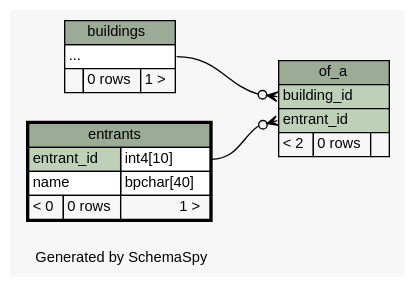
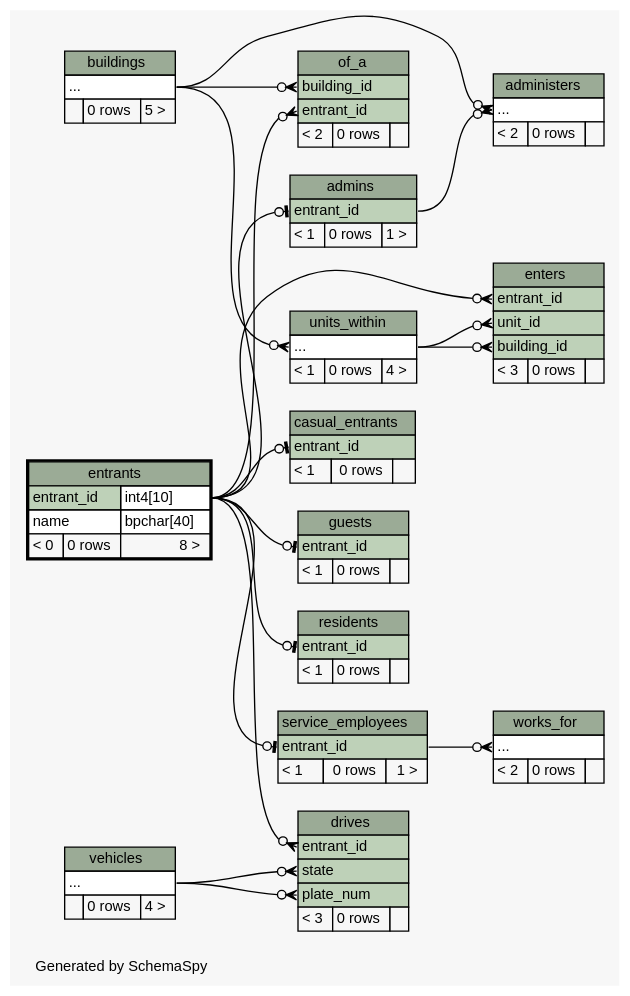
One commit to mgouzenko/-bms changed the diagram in visualization/diagrams/entrants.2degrees.dot. Above: the diagram before and after it, drawn with Graphviz. The commit also changed 32 other files, not shown here.

Commit message:
fixed schema, pushing first real visualization

```diff
--- a/visualization/diagrams/entrants.2degrees.dot
+++ b/visualization/diagrams/entrants.2degrees.dot
@@ -1,56 +1,185 @@
 // dot 2.38.0 on Mac OS X 10.11.3
 // SchemaSpy rev 590
 digraph "twoDegreesRelationshipsDiagram" {
   graph [
     rankdir="RL"
     bgcolor="#f7f7f7"
     label="\nGenerated by SchemaSpy"
     labeljust="l"
     nodesep="0.18"
     ranksep="0.46"
     fontname="Helvetica"
     fontsize="11"
   ];
   node [
     fontname="Helvetica"
     fontsize="11"
     shape="plaintext"
   ];
   edge [
     arrowsize="0.8"
   ];
+  "administers":"elipses":w -> "buildings":"elipses":e [arrowhead=none dir=back arrowtail=crowodot];
+  "administers":"elipses":w -> "admins":"entrant_id":e [arrowhead=none dir=back arrowtail=crowodot];
+  "admins":"entrant_id":w -> "entrants":"entrant_id.type":e [arrowhead=none dir=back arrowtail=teeodot];
+  "casual_entrants":"entrant_id":w -> "entrants":"entrant_id.type":e [arrowhead=none dir=back arrowtail=teeodot];
+  "drives":"entrant_id":w -> "entrants":"entrant_id.type":e [arrowhead=none dir=back arrowtail=crowodot];
+  "drives":"plate_num":w -> "vehicles":"elipses":e [arrowhead=none dir=back arrowtail=crowodot];
+  "drives":"state":w -> "vehicles":"elipses":e [arrowhead=none dir=back arrowtail=crowodot];
+  "enters":"building_id":w -> "units_within":"elipses":e [arrowhead=none dir=back arrowtail=crowodot];
+  "enters":"entrant_id":w -> "entrants":"entrant_id.type":e [arrowhead=none dir=back arrowtail=crowodot];
+  "enters":"unit_id":w -> "units_within":"elipses":e [arrowhead=none dir=back arrowtail=crowodot];
+  "guests":"entrant_id":w -> "entrants":"entrant_id.type":e [arrowhead=none dir=back arrowtail=teeodot];
   "of_a":"building_id":w -> "buildings":"elipses":e [arrowhead=none dir=back arrowtail=crowodot];
   "of_a":"entrant_id":w -> "entrants":"entrant_id.type":e [arrowhead=none dir=back arrowtail=crowodot];
+  "residents":"entrant_id":w -> "entrants":"entrant_id.type":e [arrowhead=none dir=back arrowtail=teeodot];
+  "service_employees":"entrant_id":w -> "entrants":"entrant_id.type":e [arrowhead=none dir=back arrowtail=teeodot];
+  "units_within":"elipses":w -> "buildings":"elipses":e [arrowhead=none dir=back arrowtail=crowodot];
+  "works_for":"elipses":w -> "service_employees":"entrant_id":e [arrowhead=none dir=back arrowtail=crowodot];
+  "administers" [
+    label=<
+    <TABLE BORDER="0" CELLBORDER="1" CELLSPACING="0" BGCOLOR="#ffffff">
+      <TR><TD COLSPAN="3" BGCOLOR="#9bab96" ALIGN="CENTER">administers</TD></TR>
+      <TR><TD PORT="elipses" COLSPAN="3" ALIGN="LEFT">...</TD></TR>
+      <TR><TD ALIGN="LEFT" BGCOLOR="#f7f7f7">&lt; 2</TD><TD ALIGN="RIGHT" BGCOLOR="#f7f7f7">0 rows</TD><TD ALIGN="RIGHT" BGCOLOR="#f7f7f7">  </TD></TR>
+    </TABLE>>
+    URL="administers.html"
+    tooltip="administers"
+  ];
+  "admins" [
+    label=<
+    <TABLE BORDER="0" CELLBORDER="1" CELLSPACING="0" BGCOLOR="#ffffff">
+      <TR><TD COLSPAN="3" BGCOLOR="#9bab96" ALIGN="CENTER">admins</TD></TR>
+      <TR><TD PORT="entrant_id" COLSPAN="3" BGCOLOR="#bed1b8" ALIGN="LEFT">entrant_id</TD></TR>
+      <TR><TD ALIGN="LEFT" BGCOLOR="#f7f7f7">&lt; 1</TD><TD ALIGN="RIGHT" BGCOLOR="#f7f7f7">0 rows</TD><TD ALIGN="RIGHT" BGCOLOR="#f7f7f7">1 &gt;</TD></TR>
+    </TABLE>>
+    URL="admins.html"
+    tooltip="admins"
+  ];
   "buildings" [
     label=<
     <TABLE BORDER="0" CELLBORDER="1" CELLSPACING="0" BGCOLOR="#ffffff">
       <TR><TD COLSPAN="3" BGCOLOR="#9bab96" ALIGN="CENTER">buildings</TD></TR>
       <TR><TD PORT="elipses" COLSPAN="3" ALIGN="LEFT">...</TD></TR>
-      <TR><TD ALIGN="LEFT" BGCOLOR="#f7f7f7">  </TD><TD ALIGN="RIGHT" BGCOLOR="#f7f7f7">0 rows</TD><TD ALIGN="RIGHT" BGCOLOR="#f7f7f7">1 &gt;</TD></TR>
+      <TR><TD ALIGN="LEFT" BGCOLOR="#f7f7f7">  </TD><TD ALIGN="RIGHT" BGCOLOR="#f7f7f7">0 rows</TD><TD ALIGN="RIGHT" BGCOLOR="#f7f7f7">5 &gt;</TD></TR>
     </TABLE>>
     URL="buildings.html"
     tooltip="buildings"
+  ];
+  "casual_entrants" [
+    label=<
+    <TABLE BORDER="0" CELLBORDER="1" CELLSPACING="0" BGCOLOR="#ffffff">
+      <TR><TD COLSPAN="3" BGCOLOR="#9bab96" ALIGN="CENTER">casual_entrants</TD></TR>
+      <TR><TD PORT="entrant_id" COLSPAN="3" BGCOLOR="#bed1b8" ALIGN="LEFT">entrant_id</TD></TR>
+      <TR><TD ALIGN="LEFT" BGCOLOR="#f7f7f7">&lt; 1</TD><TD ALIGN="RIGHT" BGCOLOR="#f7f7f7">0 rows</TD><TD ALIGN="RIGHT" BGCOLOR="#f7f7f7">  </TD></TR>
+    </TABLE>>
+    URL="casual_entrants.html"
+    tooltip="casual_entrants"
+  ];
+  "drives" [
+    label=<
+    <TABLE BORDER="0" CELLBORDER="1" CELLSPACING="0" BGCOLOR="#ffffff">
+      <TR><TD COLSPAN="3" BGCOLOR="#9bab96" ALIGN="CENTER">drives</TD></TR>
+      <TR><TD PORT="entrant_id" COLSPAN="3" BGCOLOR="#bed1b8" ALIGN="LEFT">entrant_id</TD></TR>
+      <TR><TD PORT="state" COLSPAN="3" BGCOLOR="#bed1b8" ALIGN="LEFT">state</TD></TR>
+      <TR><TD PORT="plate_num" COLSPAN="3" BGCOLOR="#bed1b8" ALIGN="LEFT">plate_num</TD></TR>
+      <TR><TD ALIGN="LEFT" BGCOLOR="#f7f7f7">&lt; 3</TD><TD ALIGN="RIGHT" BGCOLOR="#f7f7f7">0 rows</TD><TD ALIGN="RIGHT" BGCOLOR="#f7f7f7">  </TD></TR>
+    </TABLE>>
+    URL="drives.html"
+    tooltip="drives"
+  ];
+  "enters" [
+    label=<
+    <TABLE BORDER="0" CELLBORDER="1" CELLSPACING="0" BGCOLOR="#ffffff">
+      <TR><TD COLSPAN="3" BGCOLOR="#9bab96" ALIGN="CENTER">enters</TD></TR>
+      <TR><TD PORT="entrant_id" COLSPAN="3" BGCOLOR="#bed1b8" ALIGN="LEFT">entrant_id</TD></TR>
+      <TR><TD PORT="unit_id" COLSPAN="3" BGCOLOR="#bed1b8" ALIGN="LEFT">unit_id</TD></TR>
+      <TR><TD PORT="building_id" COLSPAN="3" BGCOLOR="#bed1b8" ALIGN="LEFT">building_id</TD></TR>
+      <TR><TD ALIGN="LEFT" BGCOLOR="#f7f7f7">&lt; 3</TD><TD ALIGN="RIGHT" BGCOLOR="#f7f7f7">0 rows</TD><TD ALIGN="RIGHT" BGCOLOR="#f7f7f7">  </TD></TR>
+    </TABLE>>
+    URL="enters.html"
+    tooltip="enters"
   ];
   "entrants" [
     label=<
     <TABLE BORDER="2" CELLBORDER="1" CELLSPACING="0" BGCOLOR="#ffffff">
       <TR><TD COLSPAN="3" BGCOLOR="#9bab96" ALIGN="CENTER">entrants</TD></TR>
       <TR><TD PORT="entrant_id" COLSPAN="2" BGCOLOR="#bed1b8" ALIGN="LEFT">entrant_id</TD><TD PORT="entrant_id.type" ALIGN="LEFT">int4[10]</TD></TR>
       <TR><TD PORT="name" COLSPAN="2" ALIGN="LEFT">name</TD><TD PORT="name.type" ALIGN="LEFT">bpchar[40]</TD></TR>
-      <TR><TD ALIGN="LEFT" BGCOLOR="#f7f7f7">&lt; 0</TD><TD ALIGN="RIGHT" BGCOLOR="#f7f7f7">0 rows</TD><TD ALIGN="RIGHT" BGCOLOR="#f7f7f7">1 &gt;</TD></TR>
+      <TR><TD ALIGN="LEFT" BGCOLOR="#f7f7f7">&lt; 0</TD><TD ALIGN="RIGHT" BGCOLOR="#f7f7f7">0 rows</TD><TD ALIGN="RIGHT" BGCOLOR="#f7f7f7">8 &gt;</TD></TR>
     </TABLE>>
     URL="entrants.html"
     tooltip="entrants"
+  ];
+  "guests" [
+    label=<
+    <TABLE BORDER="0" CELLBORDER="1" CELLSPACING="0" BGCOLOR="#ffffff">
+      <TR><TD COLSPAN="3" BGCOLOR="#9bab96" ALIGN="CENTER">guests</TD></TR>
+      <TR><TD PORT="entrant_id" COLSPAN="3" BGCOLOR="#bed1b8" ALIGN="LEFT">entrant_id</TD></TR>
+      <TR><TD ALIGN="LEFT" BGCOLOR="#f7f7f7">&lt; 1</TD><TD ALIGN="RIGHT" BGCOLOR="#f7f7f7">0 rows</TD><TD ALIGN="RIGHT" BGCOLOR="#f7f7f7">  </TD></TR>
+    </TABLE>>
+    URL="guests.html"
+    tooltip="guests"
   ];
   "of_a" [
     label=<
     <TABLE BORDER="0" CELLBORDER="1" CELLSPACING="0" BGCOLOR="#ffffff">
       <TR><TD COLSPAN="3" BGCOLOR="#9bab96" ALIGN="CENTER">of_a</TD></TR>
       <TR><TD PORT="building_id" COLSPAN="3" BGCOLOR="#bed1b8" ALIGN="LEFT">building_id</TD></TR>
       <TR><TD PORT="entrant_id" COLSPAN="3" BGCOLOR="#bed1b8" ALIGN="LEFT">entrant_id</TD></TR>
       <TR><TD ALIGN="LEFT" BGCOLOR="#f7f7f7">&lt; 2</TD><TD ALIGN="RIGHT" BGCOLOR="#f7f7f7">0 rows</TD><TD ALIGN="RIGHT" BGCOLOR="#f7f7f7">  </TD></TR>
     </TABLE>>
     URL="of_a.html"
     tooltip="of_a"
   ];
+  "residents" [
+    label=<
+    <TABLE BORDER="0" CELLBORDER="1" CELLSPACING="0" BGCOLOR="#ffffff">
+      <TR><TD COLSPAN="3" BGCOLOR="#9bab96" ALIGN="CENTER">residents</TD></TR>
+      <TR><TD PORT="entrant_id" COLSPAN="3" BGCOLOR="#bed1b8" ALIGN="LEFT">entrant_id</TD></TR>
+      <TR><TD ALIGN="LEFT" BGCOLOR="#f7f7f7">&lt; 1</TD><TD ALIGN="RIGHT" BGCOLOR="#f7f7f7">0 rows</TD><TD ALIGN="RIGHT" BGCOLOR="#f7f7f7">  </TD></TR>
+    </TABLE>>
+    URL="residents.html"
+    tooltip="residents"
+  ];
+  "service_employees" [
+    label=<
+    <TABLE BORDER="0" CELLBORDER="1" CELLSPACING="0" BGCOLOR="#ffffff">
+      <TR><TD COLSPAN="3" BGCOLOR="#9bab96" ALIGN="CENTER">service_employees</TD></TR>
+      <TR><TD PORT="entrant_id" COLSPAN="3" BGCOLOR="#bed1b8" ALIGN="LEFT">entrant_id</TD></TR>
+      <TR><TD ALIGN="LEFT" BGCOLOR="#f7f7f7">&lt; 1</TD><TD ALIGN="RIGHT" BGCOLOR="#f7f7f7">0 rows</TD><TD ALIGN="RIGHT" BGCOLOR="#f7f7f7">1 &gt;</TD></TR>
+    </TABLE>>
+    URL="service_employees.html"
+    tooltip="service_employees"
+  ];
+  "units_within" [
+    label=<
+    <TABLE BORDER="0" CELLBORDER="1" CELLSPACING="0" BGCOLOR="#ffffff">
+      <TR><TD COLSPAN="3" BGCOLOR="#9bab96" ALIGN="CENTER">units_within</TD></TR>
+      <TR><TD PORT="elipses" COLSPAN="3" ALIGN="LEFT">...</TD></TR>
+      <TR><TD ALIGN="LEFT" BGCOLOR="#f7f7f7">&lt; 1</TD><TD ALIGN="RIGHT" BGCOLOR="#f7f7f7">0 rows</TD><TD ALIGN="RIGHT" BGCOLOR="#f7f7f7">4 &gt;</TD></TR>
+    </TABLE>>
+    URL="units_within.html"
+    tooltip="units_within"
+  ];
+  "vehicles" [
+    label=<
+    <TABLE BORDER="0" CELLBORDER="1" CELLSPACING="0" BGCOLOR="#ffffff">
+      <TR><TD COLSPAN="3" BGCOLOR="#9bab96" ALIGN="CENTER">vehicles</TD></TR>
+      <TR><TD PORT="elipses" COLSPAN="3" ALIGN="LEFT">...</TD></TR>
+      <TR><TD ALIGN="LEFT" BGCOLOR="#f7f7f7">  </TD><TD ALIGN="RIGHT" BGCOLOR="#f7f7f7">0 rows</TD><TD ALIGN="RIGHT" BGCOLOR="#f7f7f7">4 &gt;</TD></TR>
+    </TABLE>>
+    URL="vehicles.html"
+    tooltip="vehicles"
+  ];
+  "works_for" [
+    label=<
+    <TABLE BORDER="0" CELLBORDER="1" CELLSPACING="0" BGCOLOR="#ffffff">
+      <TR><TD COLSPAN="3" BGCOLOR="#9bab96" ALIGN="CENTER">works_for</TD></TR>
+      <TR><TD PORT="elipses" COLSPAN="3" ALIGN="LEFT">...</TD></TR>
+      <TR><TD ALIGN="LEFT" BGCOLOR="#f7f7f7">&lt; 2</TD><TD ALIGN="RIGHT" BGCOLOR="#f7f7f7">0 rows</TD><TD ALIGN="RIGHT" BGCOLOR="#f7f7f7">  </TD></TR>
+    </TABLE>>
+    URL="works_for.html"
+    tooltip="works_for"
+  ];
 }
```
